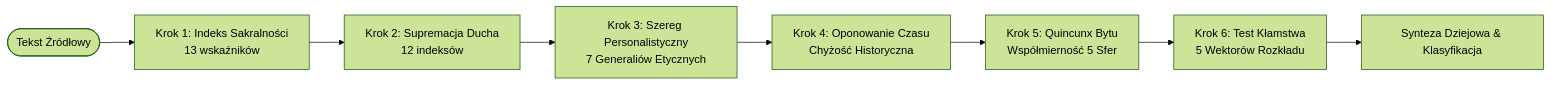
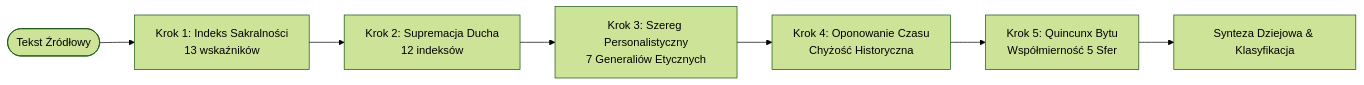
Before and after one commit to Pawel-Zygler/algorytm_konecznego: the second of 5 diagrams in DESIGN_DOC.md, drawn with Mermaid (forest theme). The commit also changed other lines of this file and 8 other files, not shown here.

````diff
--- a/DESIGN_DOC.md
+++ b/DESIGN_DOC.md
@@ -46,10 +46,9 @@
 ```mermaid
 flowchart LR
     Input([Tekst Źródłowy]) --> Step1[Krok 1: Indeks Sakralności\n13 wskaźników]
     Step1 --> Step2[Krok 2: Supremacja Ducha\n12 indeksów]
     Step2 --> Step3[Krok 3: Szereg Personalistyczny\n7 Generaliów Etycznych]
     Step3 --> Step4[Krok 4: Oponowanie Czasu\nChyżość Historyczna]
     Step4 --> Step5[Krok 5: Quincunx Bytu\nWspółmierność 5 Sfer]
-    Step5 --> Step6[Krok 6: Test Kłamstwa\n5 Wektorów Rozkładu]
-    Step6 --> Synthesis[Synteza Dziejowa & Klasyfikacja]
+    Step5 --> Synthesis[Synteza Dziejowa & Klasyfikacja]
 ```
````
